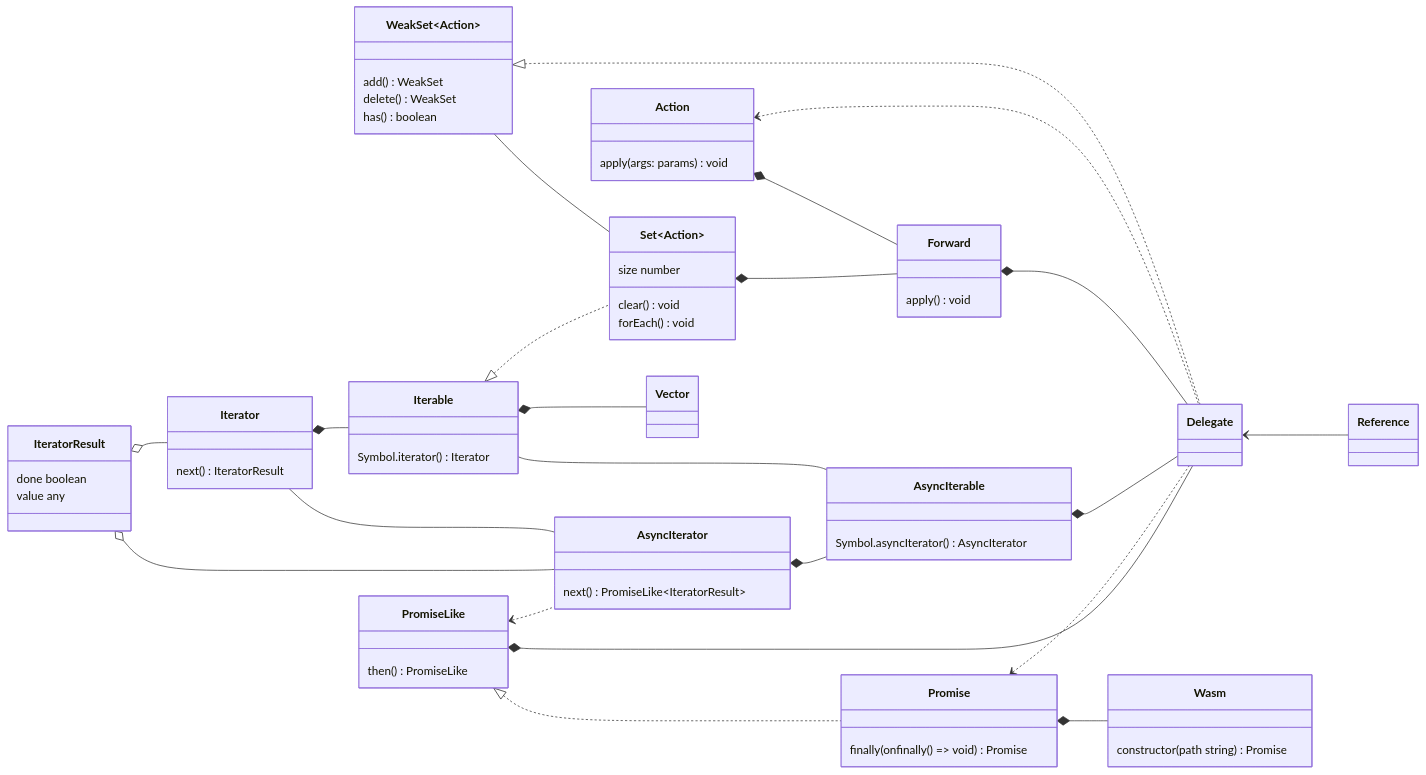
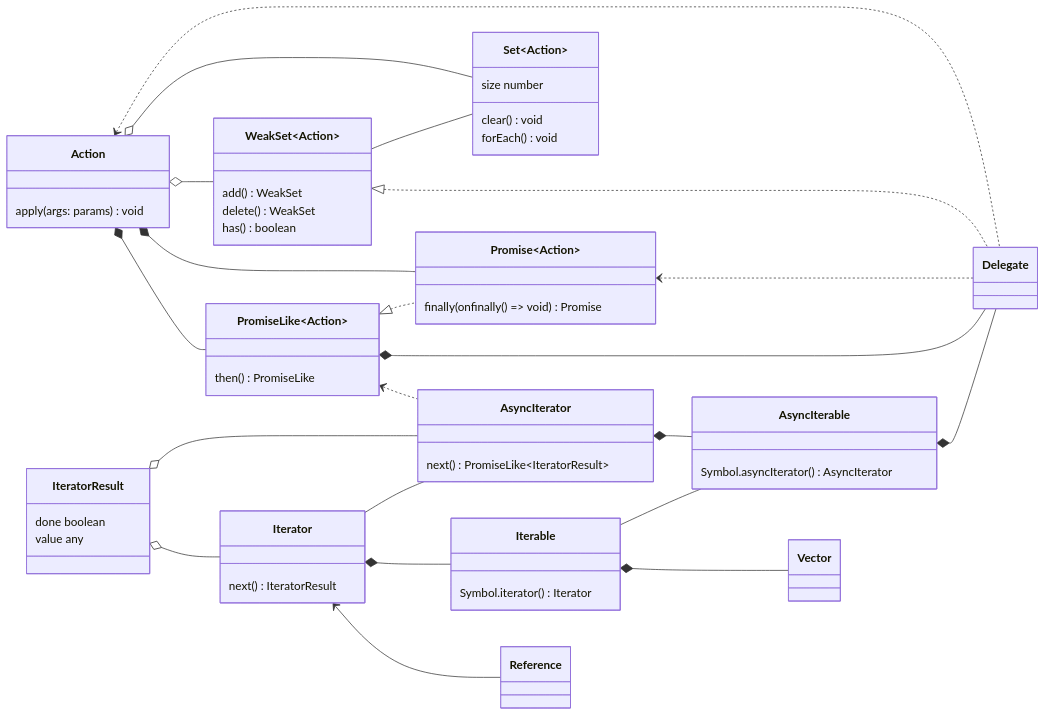
The fourth of 4 diagrams in README.md (domrally/peekeasy), drawn with Mermaid before and after one commit. The commit also changed other lines of this file and 70 other files, not shown here.

````diff
--- a/README.md
+++ b/README.md
@@ -245,75 +184,66 @@
 ```mermaid
 classDiagram
     direction LR
-    PromiseLike <|.. Promise
-    PromiseLike *-- Delegate
-    Promise *-- Wasm
-    Promise <.. Delegate
-    PromiseLike <.. AsyncIterator
+    PromiseLike~Action~ <|.. Promise~Action~
+    PromiseLike~Action~ *-- Delegate
+    Promise~Action~ <.. Delegate
+    PromiseLike~Action~ <.. AsyncIterator
     IteratorResult o-- AsyncIterator
     Iterator -- AsyncIterator
     AsyncIterator *-- AsyncIterable
     Iterable -- AsyncIterable
     AsyncIterable *-- Delegate
     IteratorResult o-- Iterator
     Iterator *-- Iterable
-    Iterable <|.. Set~Action~
-    Forward *-- Delegate
     Action <.. Delegate
-    Set~Action~ *-- Forward
-    Action *-- Forward
     WeakSet~Action~ -- Set~Action~
     WeakSet~Action~ <|.. Delegate
-    Delegate <-- Reference
+	 Action o-- Set~Action~
+	 Action o-- WeakSet~Action~
+	 Action *-- Promise~Action~
+	 Action *-- PromiseLike~Action~
+    Iterator <-- Reference
     Iterable *-- Vector
     class IteratorResult {
         done boolean
         value any
     }
     class AsyncIterable {
         Symbol.asyncIterator() AsyncIterator
     }
     class Iterable {
         Symbol.iterator() Iterator
     }
     class Iterator {
         next() IteratorResult
     }
     class AsyncIterator {
         next() PromiseLike~IteratorResult~
     }
-    class PromiseLike {
+    class PromiseLike~Action~ {
         then() PromiseLike
     }
-    class Promise {
+    class Promise~Action~ {
         finally(onfinally () => void) Promise
     }
-    class Wasm {
-        constructor(path string) Promise
-    }
-    link Wasm "https://github.com/domrally/peekeasy/blob/main/src/wasm.ts" "wasm.ts"
     class WeakSet {
         add() WeakSet
         delete() WeakSet
         has() boolean
     }
     class Set {
         size number
         clear() void
         forEach() void
     }
     class Action {
         apply(args: params) void
     }
 	 link Action "https://github.com/domrally/peekeasy/blob/main/src/action.ts" "action.ts"
-    class Forward {
-        apply() void
-    }
-    link Forward "https://github.com/domrally/peekeasy/blob/main/src/forward.ts" "forward.ts"
     class Delegate
     link Delegate "https://github.com/domrally/peekeasy/blob/main/src/delegate.ts" "delegate.ts"
     class Vector
     link Vector "https://github.com/domrally/peekeasy/blob/main/src/vector.ts" "vector.ts"
 	 class Reference
 	 link Reference "https://github.com/domrally/peekeasy/blob/main/src/reference.ts" "reference.ts"
 ```
````
